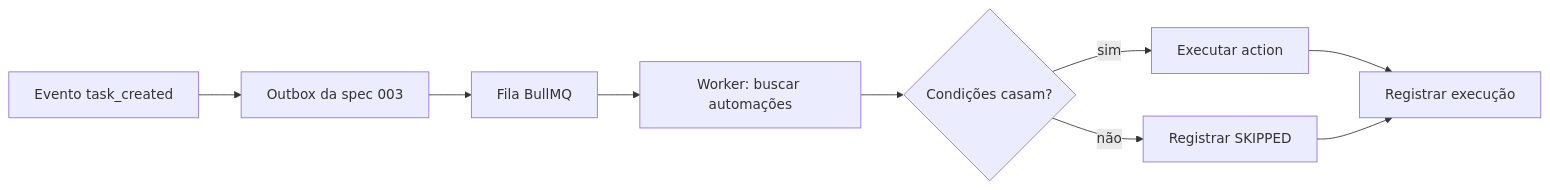
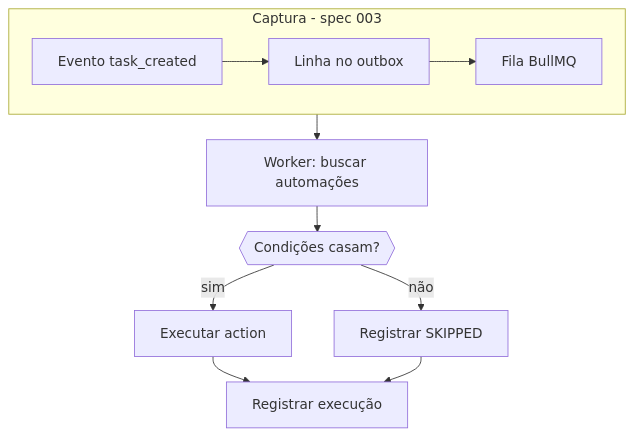
Before and after one commit to felipefontoura/spec-driven-development-book: the tenth of 15 diagrams in BOOK.pt-BR.md, drawn with Mermaid. The commit also changed other lines of this file and 1 other file, not shown here.

````diff
--- a/BOOK.pt-BR.md
+++ b/BOOK.pt-BR.md
@@ -2399,16 +2345,25 @@
 ```mermaid
-flowchart LR
-    EVT[Evento task_created] --> OB[Outbox da spec 003]
-    OB --> BQ[Fila BullMQ]
-    BQ --> PROC[Worker: buscar automações]
-    PROC --> COND{Condições casam?}
+---
+config:
+  flowchart:
+    rankSpacing: 30
+---
+flowchart TB
+    subgraph IN["Captura - spec 003"]
+        direction LR
+        EVT[Evento task_created] --> OB[Linha no outbox]
+        OB --> BQ[Fila BullMQ]
+    end
+
+    IN --> PROC[Worker: buscar automações]
+    PROC --> COND{{Condições casam?}}
     COND -->|sim| EXEC[Executar action]
     COND -->|não| SKIP[Registrar SKIPPED]
     EXEC --> LOG[Registrar execução]
     SKIP --> LOG
 
     class EVT neutral;
     class BQ soft;
     class EXEC,LOG accent;
     class SKIP muted;
 ```
````
